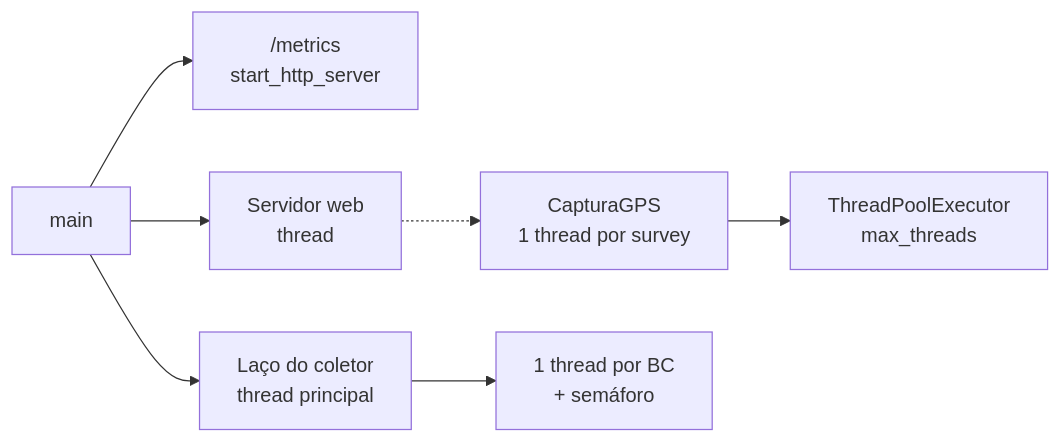
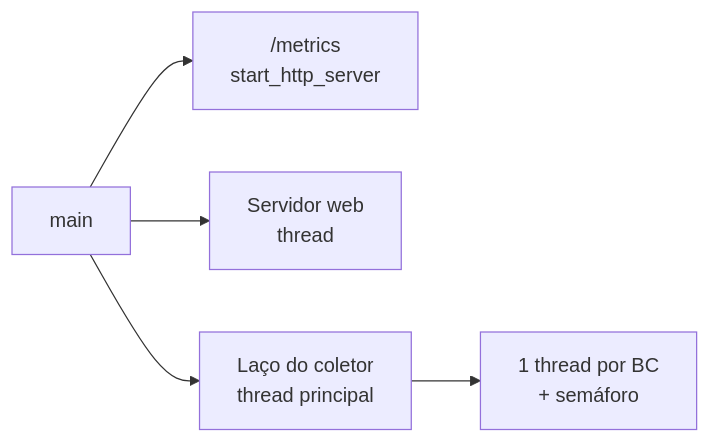
One commit to Mrluuh12/aluno changed the second of 2 diagrams in ARQUITETURA.md. Above: the diagram before and after it, drawn with Mermaid. The commit also changed other lines of this file and 22 other files, not shown here.

````diff
--- a/ARQUITETURA.md
+++ b/ARQUITETURA.md
@@ -380,9 +378,7 @@
 ```mermaid
 flowchart LR
     M[main] --> H["/metrics<br/>start_http_server"]
     M --> W["Servidor web<br/>thread"]
     M --> C["Laço do coletor<br/>thread principal"]
-    W -.-> S["CapturaGPS<br/>1 thread por survey"]
-    S --> TP["ThreadPoolExecutor<br/>max_threads"]
     C --> TH["1 thread por BC<br/>+ semáforo"]
 ```
````
